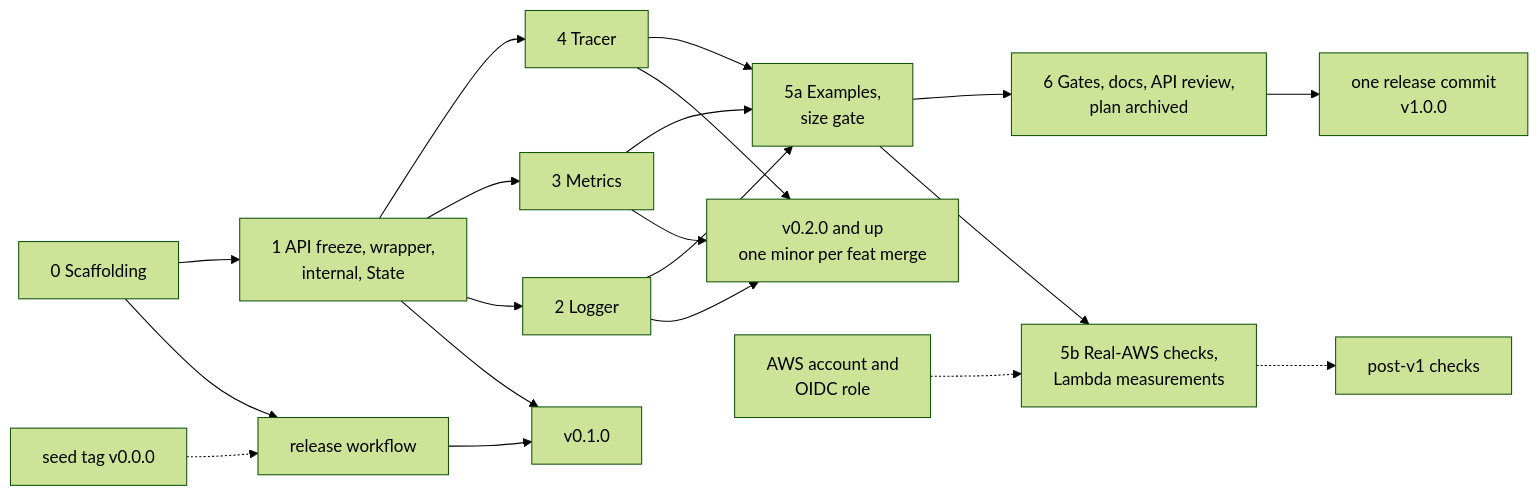
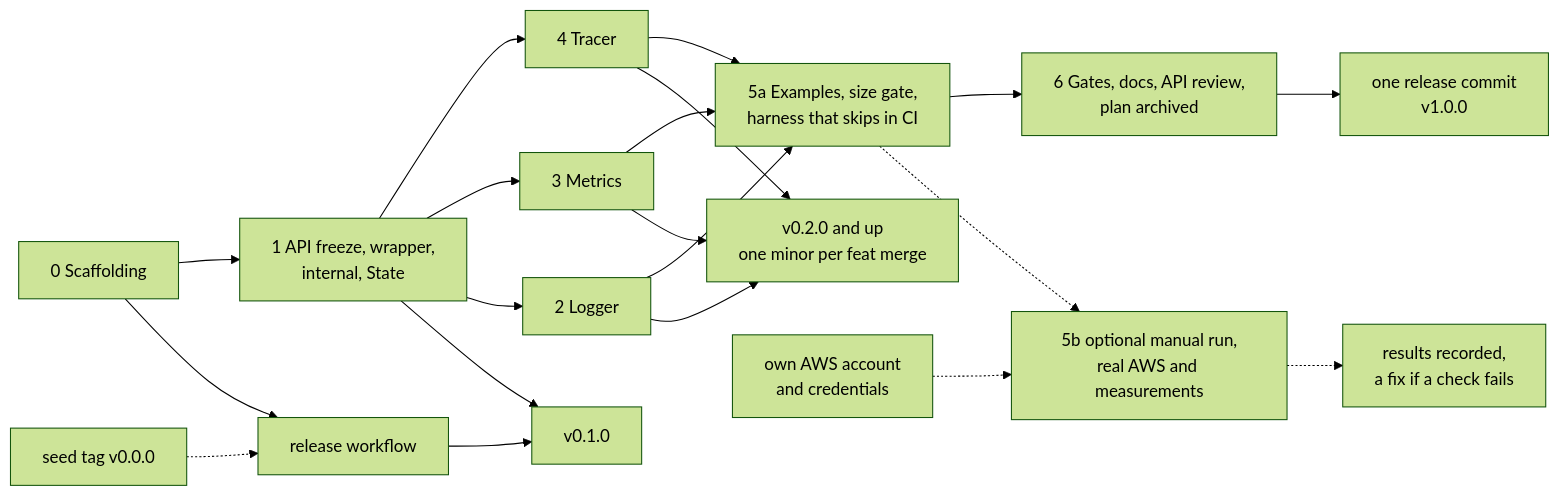
One commit to christiangda/powertools-lambda-go-plan changed the second of 2 diagrams in 07-roadmap.md. Above: the diagram before and after it, drawn with Mermaid (forest theme). The commit also changed other lines of this file and 11 other files, not shown here.

````diff
--- a/07-roadmap.md
+++ b/07-roadmap.md
@@ -232,18 +262,18 @@
 ```mermaid
 flowchart LR
   seed["seed tag v0.0.0"] -.-> wf
   p0["0 Scaffolding"] --> wf["release workflow"]
   p0 --> p1["1 API freeze, wrapper,<br/>internal, State"]
   wf --> v01["v0.1.0"]
   p1 --> v01
   p1 --> p2["2 Logger"]
   p1 --> p3["3 Metrics"]
   p1 --> p4["4 Tracer"]
   p2 & p3 & p4 --> v0n["v0.2.0 and up<br/>one minor per feat merge"]
-  p2 & p3 & p4 --> p5a["5a Examples,<br/>size gate"]
-  p5a --> p5b["5b Real-AWS checks,<br/>Lambda measurements"]
-  aws["AWS account and<br/>OIDC role"] -.-> p5b
+  p2 & p3 & p4 --> p5a["5a Examples, size gate,<br/>harness that skips in CI"]
+  p5a -.-> p5b["5b optional manual run,<br/>real AWS and measurements"]
+  aws["own AWS account<br/>and credentials"] -.-> p5b
   p5a --> p6["6 Gates, docs, API review,<br/>plan archived"]
   p6 --> rel["one release commit<br/>v1.0.0"]
-  p5b -.-> post["post-v1 checks"]
+  p5b -.-> rec["results recorded,<br/>a fix if a check fails"]
 ```
````
